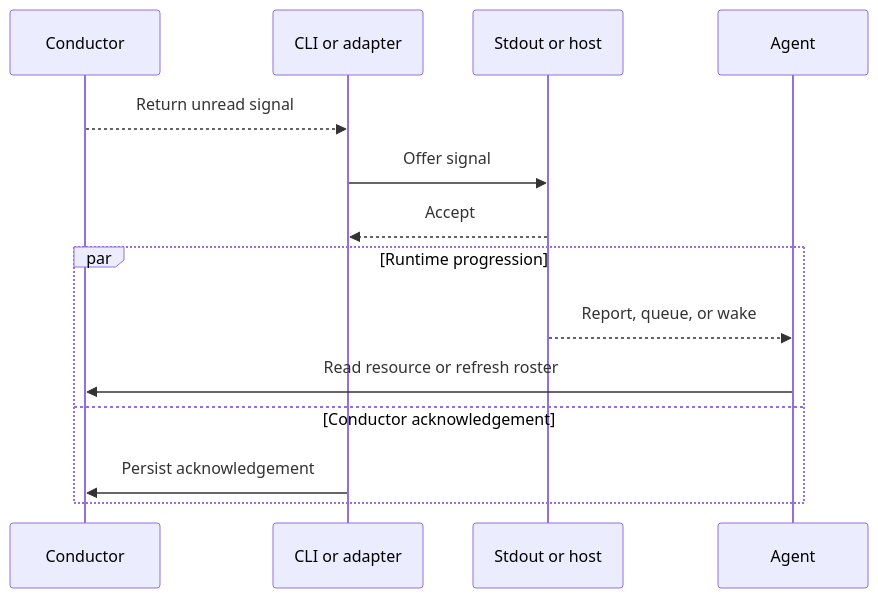
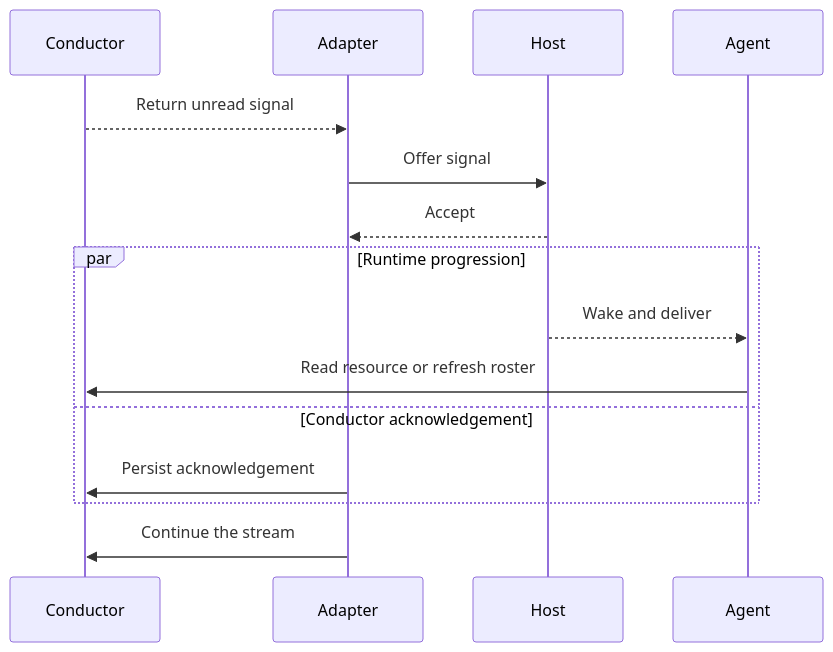
One commit to danlavee/Conductor changed the diagram in docs/design/runtime-boundaries.md. Above: the diagram before and after it, drawn with Mermaid. The commit also changed other lines of this file and 38 other files, not shown here.

````diff
--- a/docs/design/runtime-boundaries.md
+++ b/docs/design/runtime-boundaries.md
@@ -23,16 +23,17 @@
 ```mermaid
 sequenceDiagram
     participant C as Conductor
-    participant W as CLI or adapter
-    participant R as Stdout or host
+    participant W as Adapter
+    participant R as Host
     participant A as Agent
     C-->>W: Return unread signal
     W->>R: Offer signal
     R-->>W: Accept
     par Runtime progression
-        R-->>A: Report, queue, or wake
+        R-->>A: Wake and deliver
         A->>C: Read resource or refresh roster
     and Conductor acknowledgement
         W->>C: Persist acknowledgement
     end
+    W->>C: Continue the stream
 ```
````
